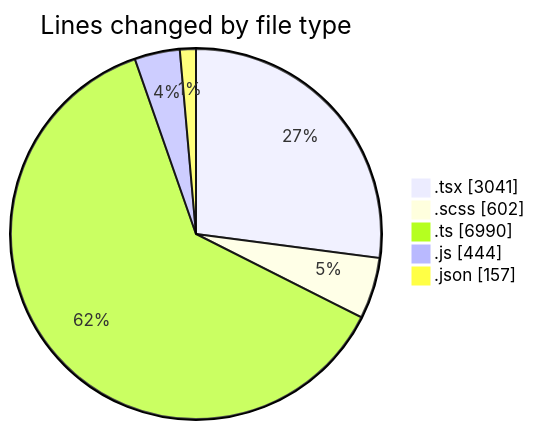
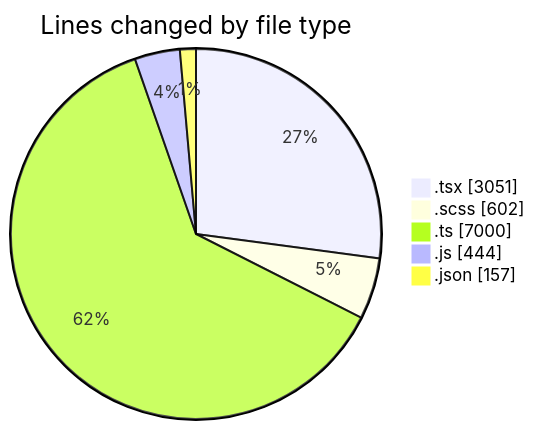
Before and after one commit to momahboobian/code-tracking: the first of 2 diagrams in 2026-04-23/cda/README.md, drawn with Mermaid. The commit also changed other lines of this file and 1 other file, not shown here.

````diff
--- a/2026-04-23/cda/README.md
+++ b/2026-04-23/cda/README.md
@@ -40,9 +41,9 @@
 ```mermaid
 pie showData
 title Lines changed by file type
-".tsx" : 3041
+".tsx" : 3051
 ".scss" : 602
-".ts" : 6990
+".ts" : 7000
 ".js" : 444
 ".json" : 157
 ```
````
